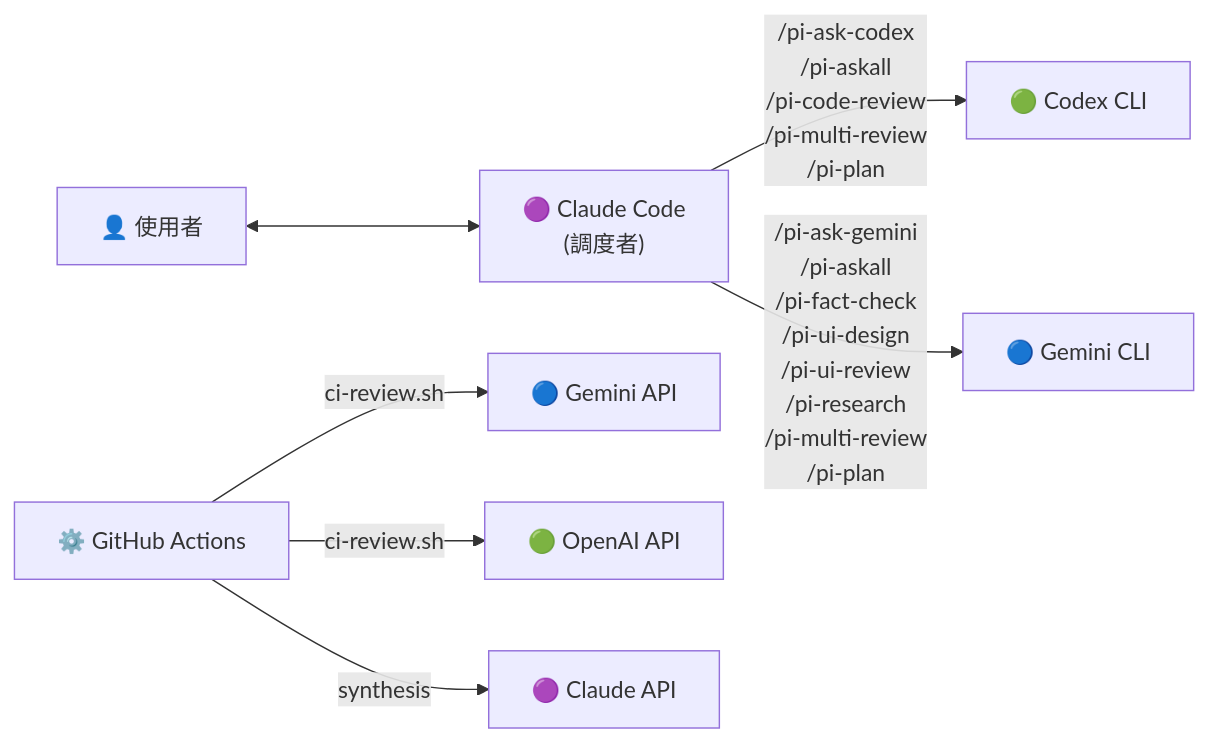
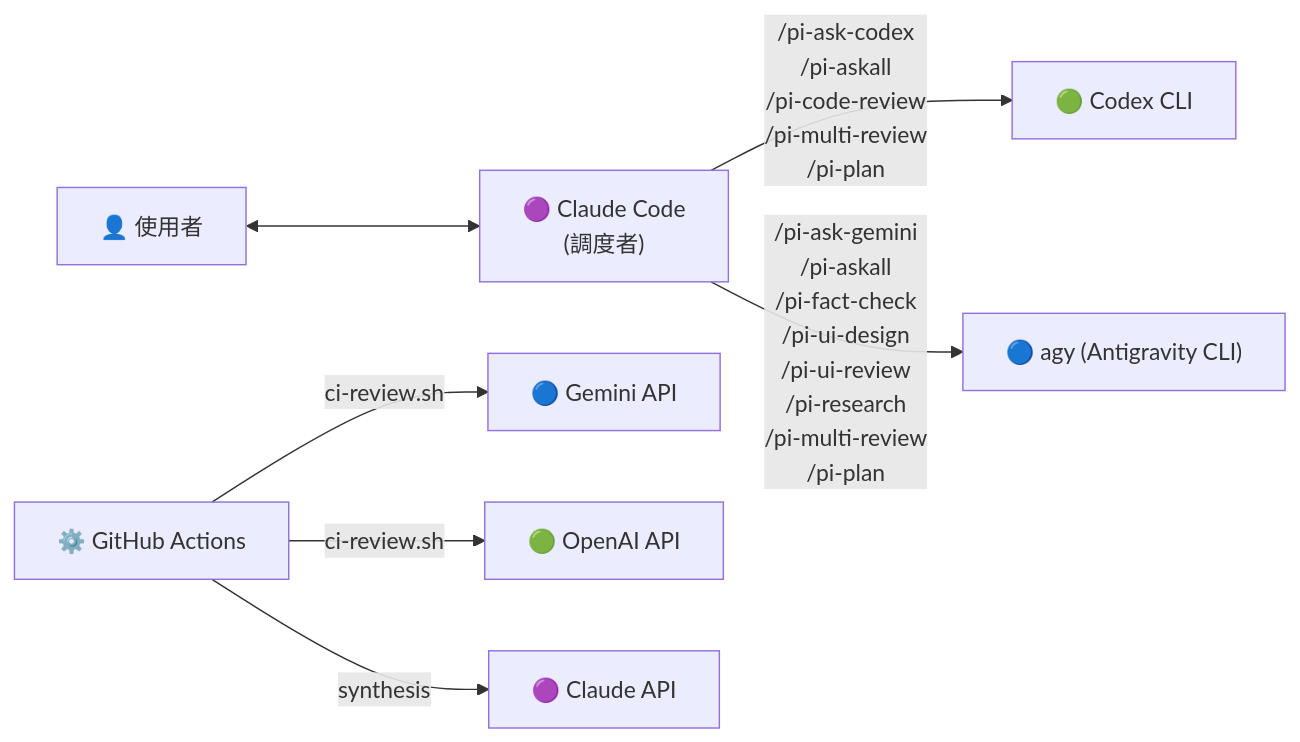
The first of 2 diagrams in README.zh-TW.md (tznthou/claude-prism), drawn with Mermaid before and after one commit. The commit also changed other lines of this file and 3 other files, not shown here.

````diff
--- a/README.zh-TW.md
+++ b/README.zh-TW.md
@@ -291,9 +274,9 @@
 ```mermaid
 flowchart LR
     User["👤 使用者"] <--> Claude["🟣 Claude Code\n(調度者)"]
     Claude -->|"/pi-ask-codex\n/pi-askall\n/pi-code-review\n/pi-multi-review\n/pi-plan"| Codex["🟢 Codex CLI"]
-    Claude -->|"/pi-ask-gemini\n/pi-askall\n/pi-fact-check\n/pi-ui-design\n/pi-ui-review\n/pi-research\n/pi-multi-review\n/pi-plan"| Gemini["🔵 Gemini CLI"]
+    Claude -->|"/pi-ask-gemini\n/pi-askall\n/pi-fact-check\n/pi-ui-design\n/pi-ui-review\n/pi-research\n/pi-multi-review\n/pi-plan"| Gemini["🔵 agy (Antigravity CLI)"]
     CI["⚙️ GitHub Actions"] -->|"ci-review.sh"| GeminiAPI["🔵 Gemini API"]
     CI -->|"ci-review.sh"| OpenAIAPI["🟢 OpenAI API"]
     CI -->|"synthesis"| ClaudeAPI["🟣 Claude API"]
 ```
````
